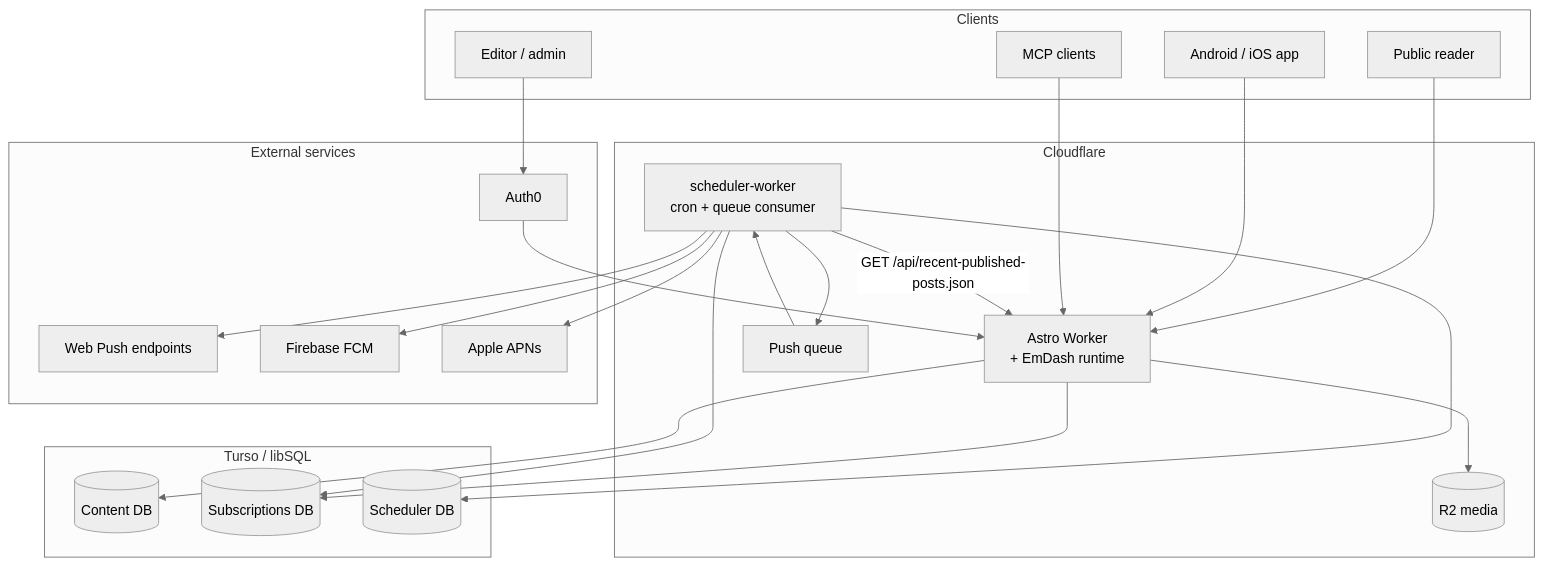
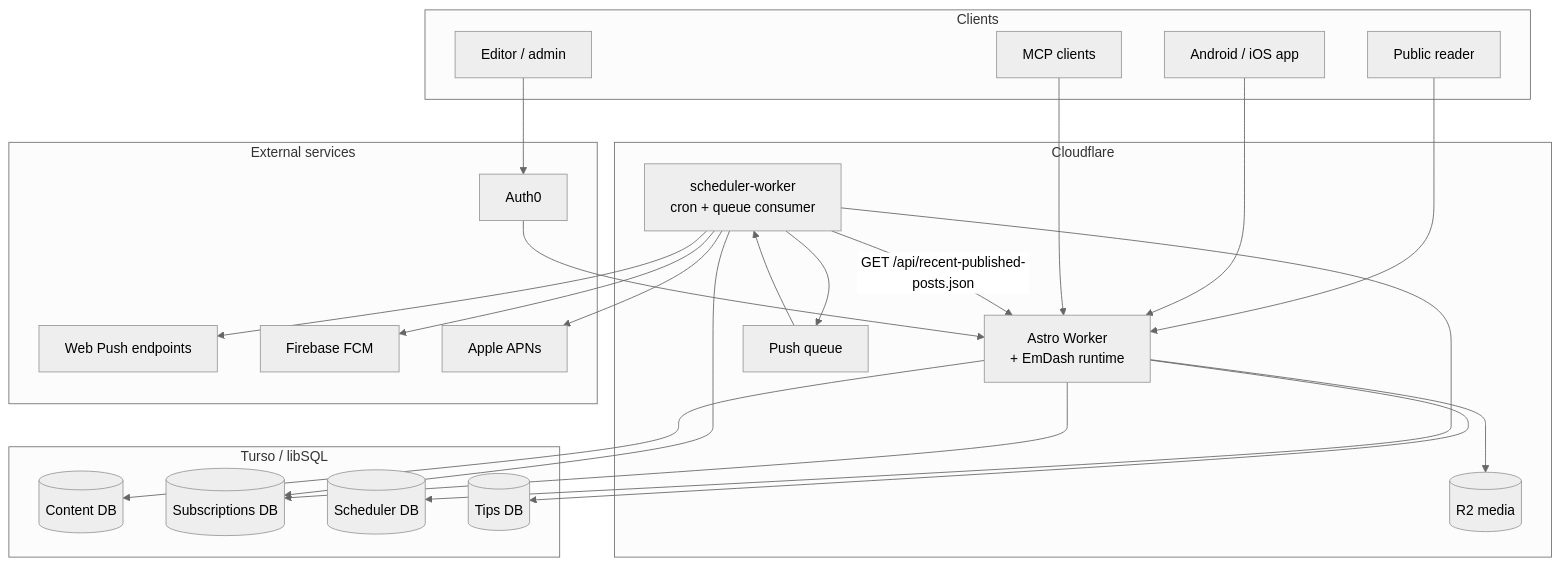
The first of 6 diagrams in ARCHITECTURE.md (cultpodcasts/freedomtimes), drawn with Mermaid (neutral theme) before and after one commit. The commit also changed other lines of this file and 125 other files, not shown here.

````diff
--- a/ARCHITECTURE.md
+++ b/ARCHITECTURE.md
@@ -37,45 +37,47 @@
 ```mermaid
 flowchart TB
   subgraph clients [Clients]
     Reader[Public reader]
     Editor["Editor / admin"]
     MCP[MCP clients]
     Mobile["Android / iOS app"]
   end
 
   subgraph cf [Cloudflare]
     WebWorker["Astro Worker\n+ EmDash runtime"]
     SchedulerWorker["scheduler-worker\ncron + queue consumer"]
     R2[(R2 media)]
     PushQueue[Push queue]
   end
 
   subgraph external [External services]
     Auth0[Auth0]
     VAPID[Web Push endpoints]
     FCM[Firebase FCM]
     APNs[Apple APNs]
   end
 
   subgraph turso ["Turso / libSQL"]
     ContentDB[(Content DB)]
     SubsDB[(Subscriptions DB)]
     SchedulerDB[(Scheduler DB)]
+    TipsDB[(Tips DB)]
   end
 
   Reader --> WebWorker
   Mobile --> WebWorker
   Editor --> Auth0 --> WebWorker
   MCP --> WebWorker
   WebWorker --> ContentDB
   WebWorker --> SubsDB
+  WebWorker --> TipsDB
   WebWorker --> R2
   SchedulerWorker --> SchedulerDB
   SchedulerWorker -->|"GET /api/recent-published-posts.json"| WebWorker
   SchedulerWorker --> SubsDB
   SchedulerWorker --> PushQueue
   PushQueue --> SchedulerWorker
   SchedulerWorker --> VAPID
   SchedulerWorker --> FCM
   SchedulerWorker --> APNs
 ```
````
